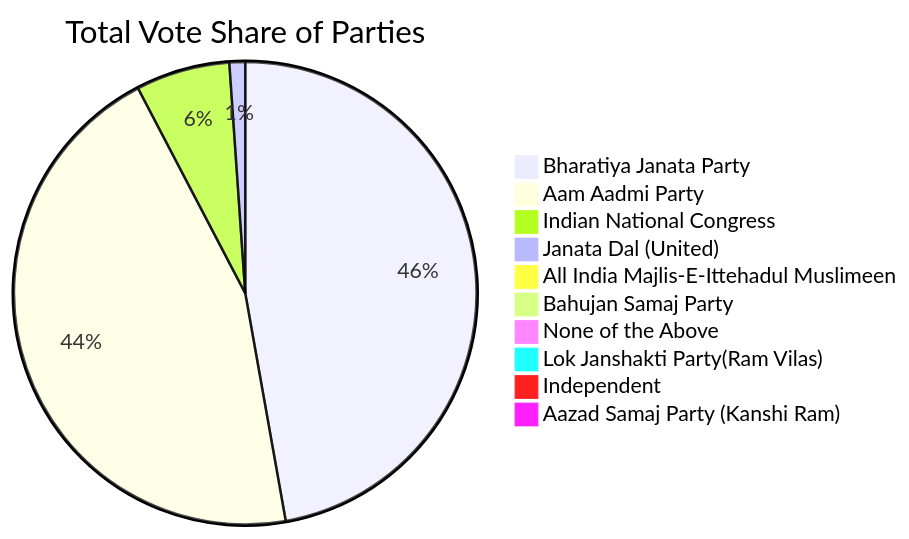
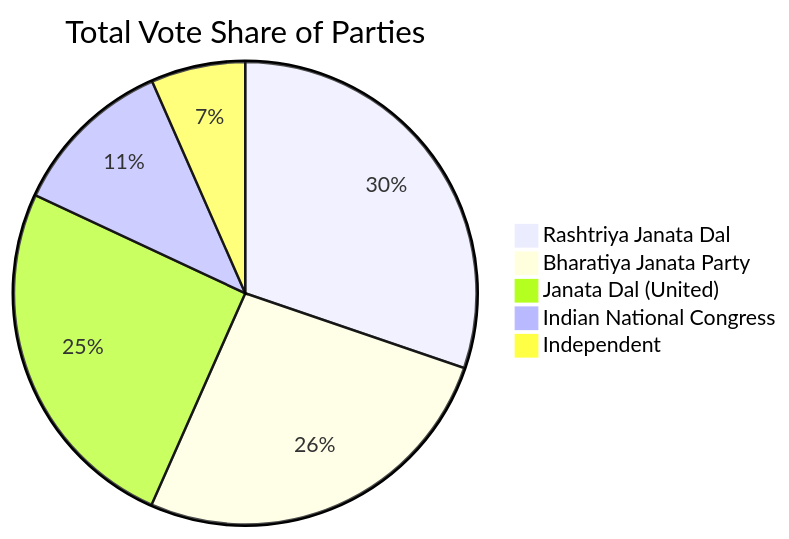
Before and after one commit to arjunswaj/elections: diagram 11 of 23 in BIHAR-GRAPH.md, drawn with Mermaid. The commit also changed other lines of this file and 5 other files, not shown here.

````diff
--- a/BIHAR-GRAPH.md
+++ b/BIHAR-GRAPH.md
@@ -244,14 +244,9 @@
 ```mermaid
 pie
     title Total Vote Share of Parties
-    "Bharatiya Janata Party" : 45.5622
-    "Aam Aadmi Party" : 43.5680
-    "Indian National Congress" : 6.3438
-    "Janata Dal (United)" : 1.0600
-    "All India Majlis-E-Ittehadul Muslimeen" : 0.7697
-    "Bahujan Samaj Party" : 0.5804
-    "None of the Above" : 0.5664
-    "Lok Janshakti Party(Ram Vilas)" : 0.5292
-    "Independent" : 0.4620
-    "Aazad Samaj Party (Kanshi Ram)" : 0.0920
+    "Rashtriya Janata Dal" : 22.9966
+    "Bharatiya Janata Party" : 20.0789
+    "Janata Dal (United)" : 19.2542
+    "Indian National Congress" : 8.7130
+    "Independent" : 5.0118
 ```
````
